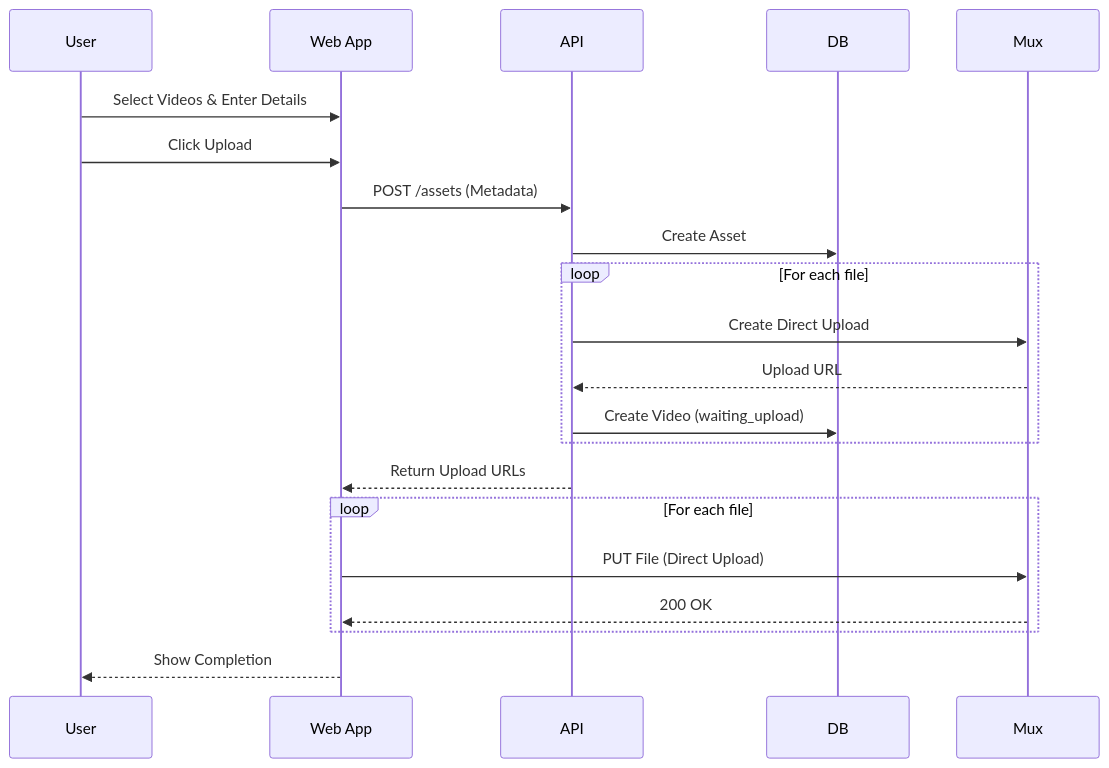
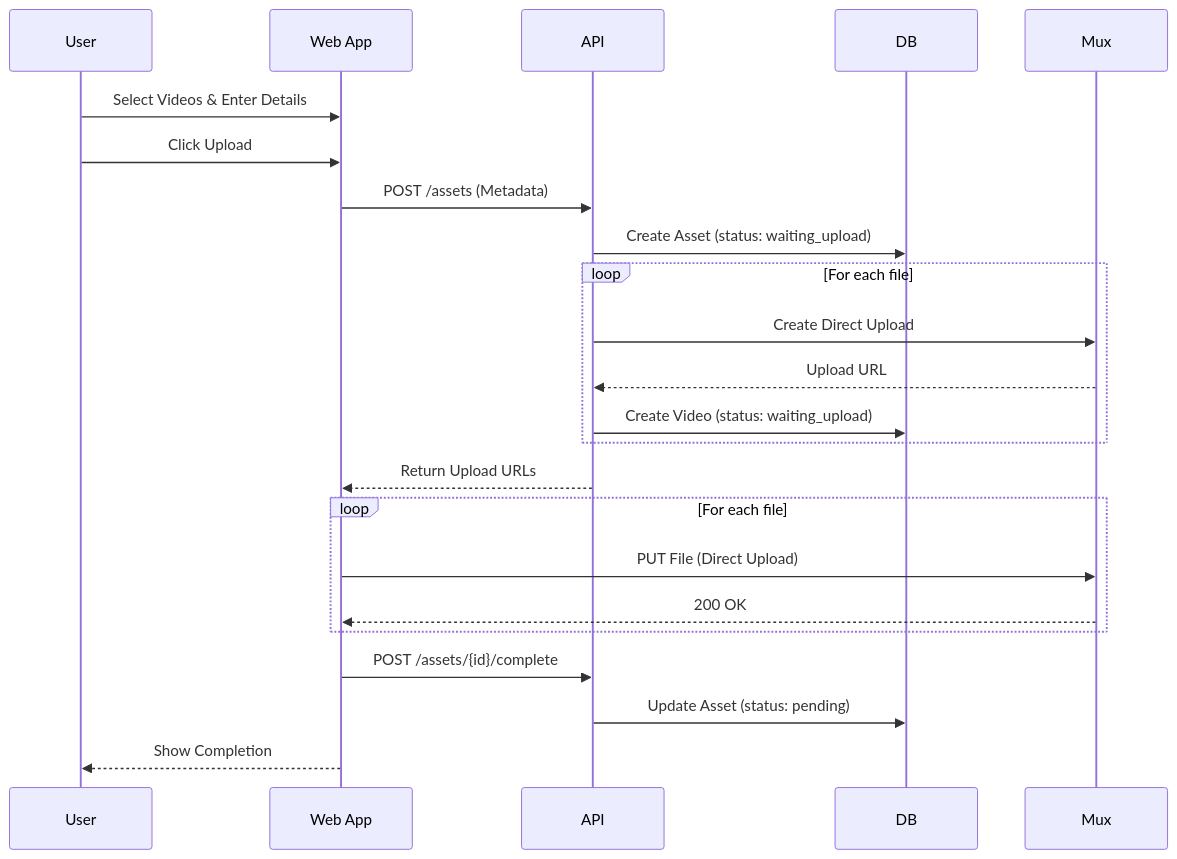
One commit to OZIOisgood/zeta changed the third of 4 diagrams in README.md. Above: the diagram before and after it, drawn with Mermaid. The commit also changed other lines of this file and 9 other files, not shown here.

Commit message:
feat: implement two-step asset creation process with upload completion handling

````diff
--- a/README.md
+++ b/README.md
@@ -119,24 +126,26 @@
 ```mermaid
 sequenceDiagram
     participant U as User
     participant W as Web App
     participant A as API
     participant D as DB
     participant M as Mux
 
     U->>W: Select Videos & Enter Details
     U->>W: Click Upload
     W->>A: POST /assets (Metadata)
-    A->>D: Create Asset
+    A->>D: Create Asset (status: waiting_upload)
     loop For each file
         A->>M: Create Direct Upload
         M-->>A: Upload URL
-        A->>D: Create Video (waiting_upload)
+        A->>D: Create Video (status: waiting_upload)
     end
     A-->>W: Return Upload URLs
     loop For each file
         W->>M: PUT File (Direct Upload)
         M-->>W: 200 OK
     end
+    W->>A: POST /assets/{id}/complete
+    A->>D: Update Asset (status: pending)
     W-->>U: Show Completion
 ```
````
